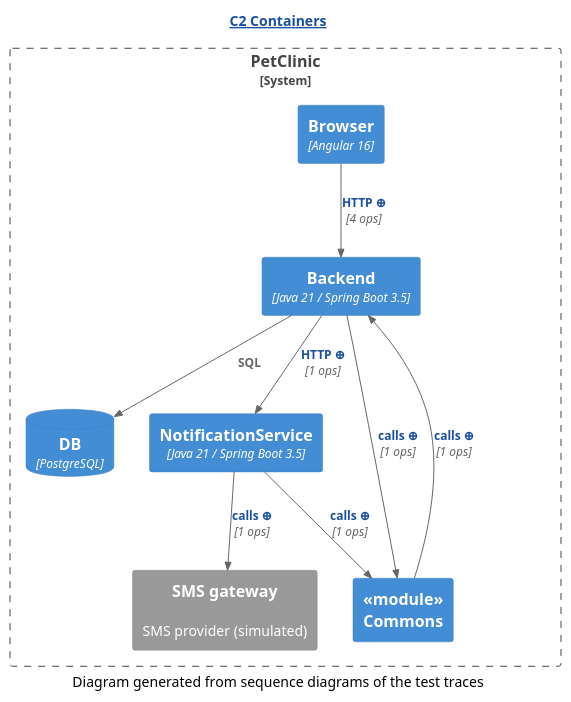
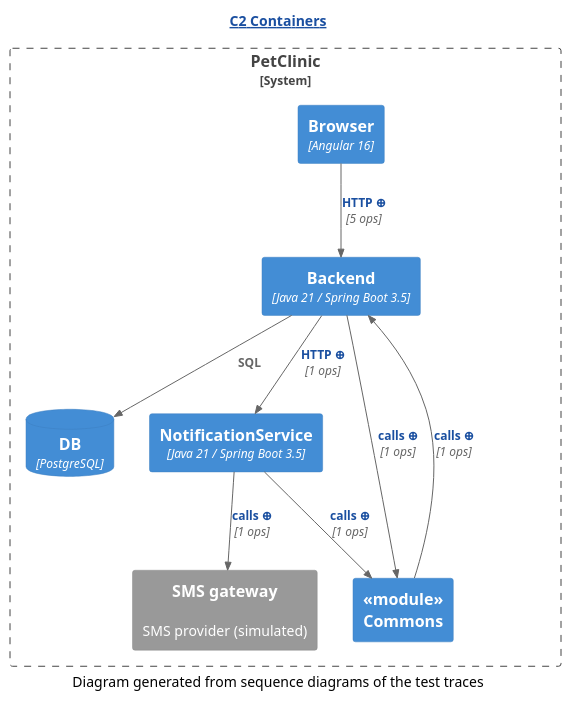
The diagram in demo/demo/assets/c2/C2-Containers.new.puml (Winandvdb/human-review), drawn with PlantUML before and after one commit. The commit also changed 138 other files, not shown here.

```diff
--- a/demo/demo/assets/c2/C2-Containers.new.puml
+++ b/demo/demo/assets/c2/C2-Containers.new.puml
@@ -1,24 +1,24 @@
 @startuml
 ' ⚠️  GENERATED — projected from the sequence diagrams by c2-from-sequence.py.
 !include <C4/C4_Container>
 HIDE_STEREOTYPE()
 skinparam hyperlinkUnderline false
 skinparam hyperlinkColor #1A4FA0
 title [[https://c4model.com/diagrams/container{What is a C2 diagram?} C2 Containers]]
 System_Boundary(c2_system, "PetClinic") {
   Container(Backend, "Backend", "Java 21 / Spring Boot 3.5", "")
   Container(Browser, "Browser", "Angular 16", "")
   ContainerDb(DB, "DB", "PostgreSQL", "")
   Container(NotificationService, "NotificationService", "Java 21 / Spring Boot 3.5", "")
   System_Ext(SMS_gateway, "SMS gateway", "SMS provider (simulated)", "")
   Container(_module__nCommons, "«module»\nCommons", "", "")
 }
 Rel(Backend, DB, "SQL", "")
 Rel(Backend, NotificationService, "[[genseq://c2-279a196c9d{Click for the calls behind this line} HTTP ⊕]]", "1 ops")
 Rel(Backend, _module__nCommons, "[[genseq://c2-103d57f8db{Click for the calls behind this line} calls ⊕]]", "1 ops")
-Rel(Browser, Backend, "[[genseq://c2-43d2943456{Click for the calls behind this line} HTTP ⊕]]", "4 ops")
+Rel(Browser, Backend, "[[genseq://c2-fb35163739{Click for the calls behind this line} HTTP ⊕]]", "5 ops")
 Rel(NotificationService, SMS_gateway, "[[genseq://c2-cb01a30b7a{Click for the calls behind this line} calls ⊕]]", "1 ops")
 Rel(NotificationService, _module__nCommons, "[[genseq://c2-e128eb6ba0{Click for the calls behind this line} calls ⊕]]", "1 ops")
 Rel(_module__nCommons, Backend, "[[genseq://c2-cd32149db2{Click for the calls behind this line} calls ⊕]]", "1 ops")
 caption Diagram generated from sequence diagrams of the test traces
 @enduml
```
